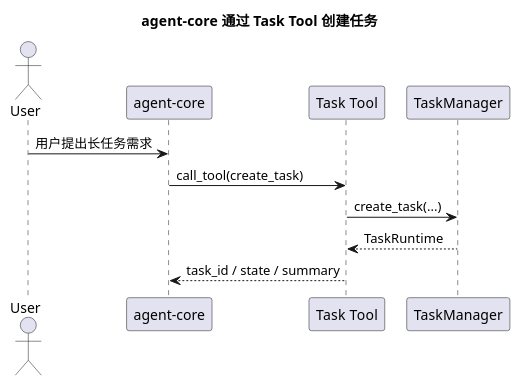
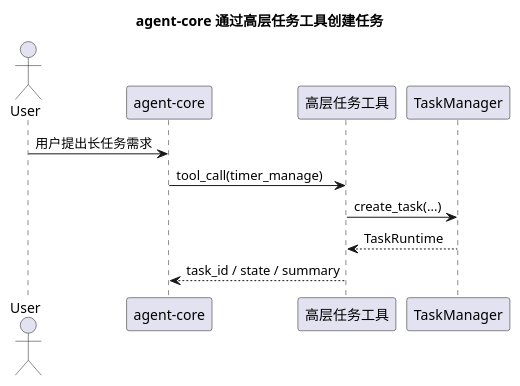
One commit to HengeLiu/RealtimeAgent changed the second of 5 diagrams in doc/structure-design/backend-task-core设计.md. Above: the diagram before and after it, drawn with PlantUML. The commit also changed other lines of this file and 51 other files, not shown here.

````diff
--- a/doc/structure-design/backend-task-core设计.md
+++ b/doc/structure-design/backend-task-core设计.md
@@ -573,16 +573,16 @@
 ```plantuml
 @startuml
-title agent-core 通过 Task Tool 创建任务
+title agent-core 通过高层任务工具创建任务
 
 actor User as U
 participant "agent-core" as A
-participant "Task Tool" as TT
+participant "高层任务工具" as TT
 participant "TaskManager" as TM
 
 U -> A : 用户提出长任务需求
-A -> TT : call_tool(create_task)
+A -> TT : tool_call(timer_manage)
 TT -> TM : create_task(...)
 TM --> TT : TaskRuntime
 TT --> A : task_id / state / summary
 @enduml
 ```
````
